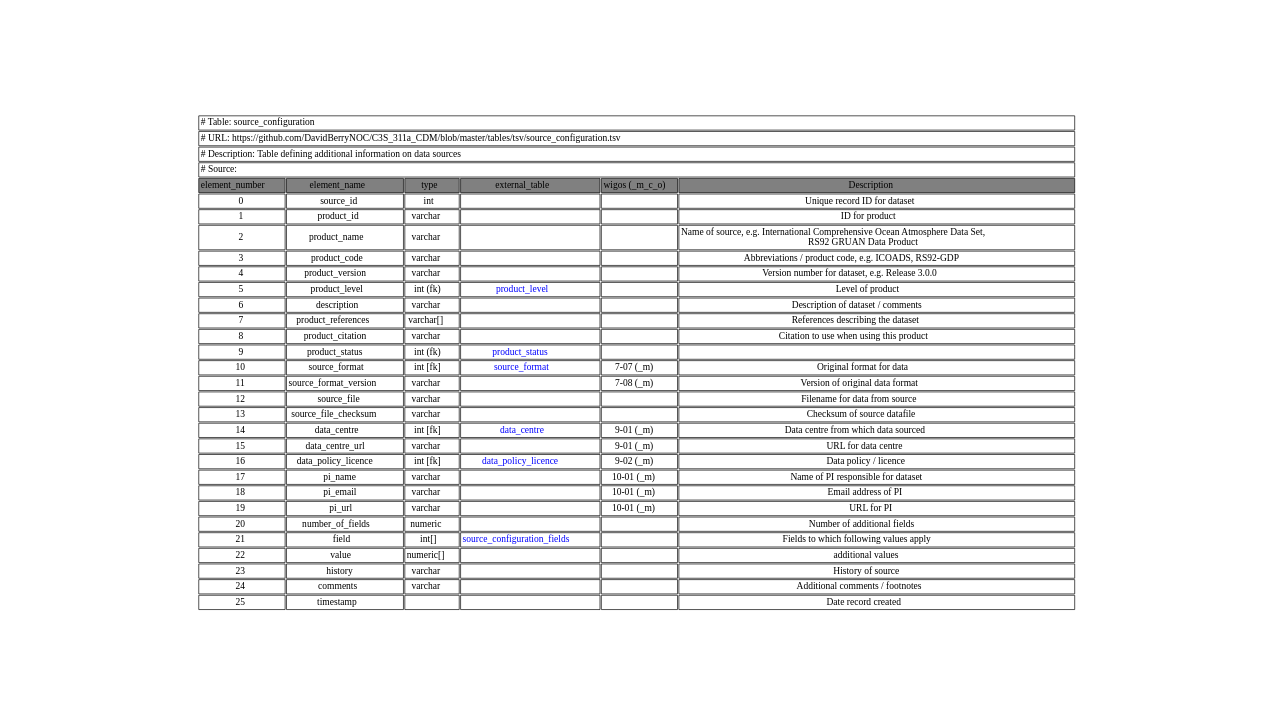
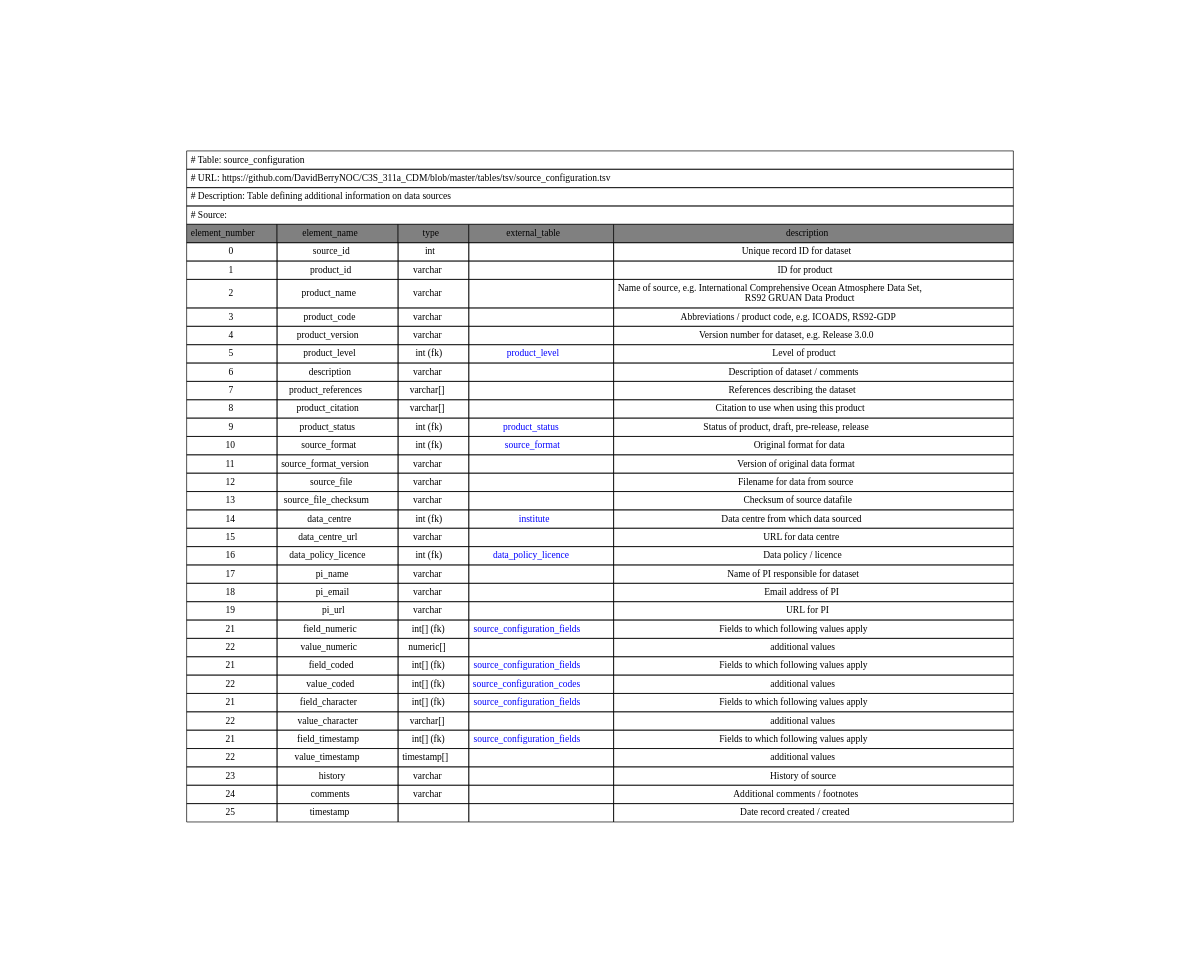
The diagram in graphviz/source_configuration.gv (glamod/common_data_model), drawn with Graphviz before and after one commit. The commit also changed 269 other files, not shown here.

```diff
--- a/graphviz/source_configuration.gv
+++ b/graphviz/source_configuration.gv
@@ -1,36 +1,41 @@
 digraph source_configuration {
 node [color=white]
-source_configuration [label=<<TABLE BORDER="0" CELLBORDER="1" CELLSPACING="2" COLOR="BLACK">
-<TR><TD COLSPAN="6" ALIGN="left" PORT="head"># Table: source_configuration</TD></TR>
-<TR><TD COLSPAN="6" ALIGN="left"># URL: https://github.com/DavidBerryNOC/C3S_311a_CDM/blob/master/tables/tsv/source_configuration.tsv</TD></TR>
-<TR><TD ALIGN="left" COLSPAN="6"># Description: Table defining additional information on data sources</TD></TR>
-<TR><TD ALIGN="left" COLSPAN="6"># Source:</TD></TR>
-<TR><TD BGCOLOR="GRAY">element_number</TD><TD BGCOLOR="GRAY">element_name</TD><TD BGCOLOR="GRAY">type</TD><TD BGCOLOR="GRAY">external_table</TD><TD BGCOLOR="GRAY">wigos (_m_c_o)</TD><TD BGCOLOR="GRAY">Description</TD></TR>
-<TR><TD PORT="source_idL">0</TD><TD>source_id </TD><TD>int </TD><TD></TD><TD></TD><TD PORT="source_idR">Unique record ID for dataset </TD></TR>
-<TR><TD PORT="product_idL">1</TD><TD>product_id </TD><TD>varchar </TD><TD></TD><TD></TD><TD PORT="product_idR">ID for product </TD></TR>
-<TR><TD PORT="product_nameL">2</TD><TD>product_name </TD><TD>varchar </TD><TD></TD><TD></TD><TD PORT="product_nameR">Name of source, e.g. International Comprehensive Ocean Atmosphere Data Set, <BR/>RS92 GRUAN Data Product </TD></TR>
-<TR><TD PORT="product_codeL">3</TD><TD>product_code </TD><TD>varchar </TD><TD></TD><TD></TD><TD PORT="product_codeR">Abbreviations / product code, e.g. ICOADS, RS92-GDP </TD></TR>
-<TR><TD PORT="product_versionL">4</TD><TD>product_version </TD><TD>varchar </TD><TD></TD><TD></TD><TD PORT="product_versionR">Version number for dataset, e.g. Release 3.0.0 </TD></TR>
-<TR><TD PORT="product_levelL">5</TD><TD>product_level </TD><TD>int (fk) </TD><TD HREF="https://github.com/DavidBerryNOC/C3S_311a_CDM/blob/master/tables/tsv/product_level.tsv"><FONT color="blue">product_level </FONT></TD><TD></TD><TD PORT="product_levelR">Level of product </TD></TR>
-<TR><TD PORT="description L">6</TD><TD>description </TD><TD>varchar </TD><TD></TD><TD></TD><TD PORT="description R">Description of dataset / comments </TD></TR>
-<TR><TD PORT="product_referencesL">7</TD><TD>product_references </TD><TD>varchar[] </TD><TD></TD><TD></TD><TD PORT="product_referencesR">References describing the dataset </TD></TR>
-<TR><TD PORT="product_citationL">8</TD><TD>product_citation </TD><TD>varchar </TD><TD></TD><TD></TD><TD PORT="product_citationR">Citation to use when using this product </TD></TR>
-<TR><TD PORT="product_statusL">9</TD><TD>product_status </TD><TD>int (fk) </TD><TD HREF="https://github.com/DavidBerryNOC/C3S_311a_CDM/blob/master/tables/tsv/product_status.tsv"><FONT color="blue">product_status </FONT></TD><TD></TD><TD PORT="product_statusR"></TD></TR>
-<TR><TD PORT="source_format L">10</TD><TD>source_format </TD><TD>int [fk] </TD><TD HREF="https://github.com/DavidBerryNOC/C3S_311a_CDM/blob/master/tables/tsv/source_format.tsv"><FONT color="blue">source_format </FONT></TD><TD>7-07 (_m) </TD><TD PORT="source_format R">Original format for data </TD></TR>
-<TR><TD PORT="source_format_version L">11</TD><TD>source_format_version </TD><TD>varchar </TD><TD></TD><TD>7-08 (_m) </TD><TD PORT="source_format_version R">Version of original data format </TD></TR>
-<TR><TD PORT="source_fileL">12</TD><TD>source_file </TD><TD>varchar </TD><TD></TD><TD></TD><TD PORT="source_fileR">Filename for data from source </TD></TR>
-<TR><TD PORT="source_file_checksumL">13</TD><TD>source_file_checksum </TD><TD>varchar </TD><TD></TD><TD></TD><TD PORT="source_file_checksumR">Checksum of source datafile </TD></TR>
-<TR><TD PORT="data_centre L">14</TD><TD>data_centre </TD><TD>int [fk] </TD><TD HREF="https://github.com/DavidBerryNOC/C3S_311a_CDM/blob/master/tables/tsv/data_centre.tsv"><FONT color="blue">data_centre </FONT></TD><TD>9-01 (_m) </TD><TD PORT="data_centre R">Data centre from which data sourced </TD></TR>
-<TR><TD PORT="data_centre_url L">15</TD><TD>data_centre_url </TD><TD>varchar </TD><TD></TD><TD>9-01 (_m) </TD><TD PORT="data_centre_url R">URL for data centre </TD></TR>
-<TR><TD PORT="data_policy_licence L">16</TD><TD>data_policy_licence </TD><TD>int [fk] </TD><TD HREF="https://github.com/DavidBerryNOC/C3S_311a_CDM/blob/master/tables/tsv/data_policy_licence.tsv"><FONT color="blue">data_policy_licence </FONT></TD><TD>9-02 (_m) </TD><TD PORT="data_policy_licence R">Data policy / licence </TD></TR>
-<TR><TD PORT="pi_name L">17</TD><TD>pi_name </TD><TD>varchar </TD><TD></TD><TD>10-01 (_m) </TD><TD PORT="pi_name R">Name of PI responsible for dataset </TD></TR>
-<TR><TD PORT="pi_email L">18</TD><TD>pi_email </TD><TD>varchar </TD><TD></TD><TD>10-01 (_m) </TD><TD PORT="pi_email R">Email address of PI </TD></TR>
-<TR><TD PORT="pi_url L">19</TD><TD>pi_url </TD><TD>varchar </TD><TD></TD><TD>10-01 (_m) </TD><TD PORT="pi_url R">URL for PI </TD></TR>
-<TR><TD PORT="number_of_fieldsL">20</TD><TD>number_of_fields </TD><TD>numeric </TD><TD></TD><TD></TD><TD PORT="number_of_fieldsR">Number of additional fields </TD></TR>
-<TR><TD PORT="fieldL">21</TD><TD>field </TD><TD>int[] </TD><TD HREF="https://github.com/DavidBerryNOC/C3S_311a_CDM/blob/master/tables/tsv/source_configuration_fields.tsv"><FONT color="blue">source_configuration_fields </FONT></TD><TD></TD><TD PORT="fieldR">Fields to which following values apply </TD></TR>
-<TR><TD PORT="valueL">22</TD><TD>value </TD><TD>numeric[] </TD><TD></TD><TD></TD><TD PORT="valueR">additional values </TD></TR>
-<TR><TD PORT="historyL">23</TD><TD>history </TD><TD>varchar </TD><TD></TD><TD></TD><TD PORT="historyR">History of source </TD></TR>
-<TR><TD PORT="commentsL">24</TD><TD>comments </TD><TD>varchar </TD><TD></TD><TD></TD><TD PORT="commentsR">Additional comments / footnotes </TD></TR>
-<TR><TD PORT="timestampL">25</TD><TD>timestamp </TD><TD></TD><TD></TD><TD></TD><TD PORT="timestampR">Date record created </TD></TR>
+source_configuration [label=<<TABLE BORDER="0" CELLBORDER="1" CELLSPACING="0" CELLPADDING="5" COLOR="BLACK">
+<TR><TD COLSPAN="5" ALIGN="left" PORT="head"># Table: source_configuration</TD></TR>
+<TR><TD COLSPAN="5" ALIGN="left"># URL: https://github.com/DavidBerryNOC/C3S_311a_CDM/blob/master/tables/tsv/source_configuration.tsv</TD></TR>
+<TR><TD ALIGN="left" COLSPAN="5"># Description: Table defining additional information on data sources				</TD></TR>
+<TR><TD ALIGN="left" COLSPAN="5"># Source:				</TD></TR>
+<TR><TD BGCOLOR="GRAY">element_number</TD><TD BGCOLOR="GRAY">element_name</TD><TD BGCOLOR="GRAY">type</TD><TD BGCOLOR="GRAY">external_table</TD><TD BGCOLOR="GRAY">description</TD></TR>
+<TR><TD PORT="source_idL">0</TD><TD>source_id </TD><TD>int </TD><TD></TD><TD PORT="source_idR">Unique record ID for dataset </TD></TR>
+<TR><TD PORT="product_idL">1</TD><TD>product_id </TD><TD>varchar </TD><TD></TD><TD PORT="product_idR">ID for product </TD></TR>
+<TR><TD PORT="product_nameL">2</TD><TD>product_name </TD><TD>varchar </TD><TD></TD><TD PORT="product_nameR">Name of source, e.g. International Comprehensive Ocean Atmosphere Data Set, <BR/>RS92 GRUAN Data Product </TD></TR>
+<TR><TD PORT="product_codeL">3</TD><TD>product_code </TD><TD>varchar </TD><TD></TD><TD PORT="product_codeR">Abbreviations / product code, e.g. ICOADS, RS92-GDP </TD></TR>
+<TR><TD PORT="product_versionL">4</TD><TD>product_version </TD><TD>varchar </TD><TD></TD><TD PORT="product_versionR">Version number for dataset, e.g. Release 3.0.0 </TD></TR>
+<TR><TD PORT="product_levelL">5</TD><TD>product_level </TD><TD>int (fk) </TD><TD HREF="https://github.com/DavidBerryNOC/C3S_311a_CDM/blob/master/tables/tsv/product_level.tsv"><FONT color="blue">product_level </FONT></TD><TD PORT="product_levelR">Level of product </TD></TR>
+<TR><TD PORT="description L">6</TD><TD>description </TD><TD>varchar </TD><TD></TD><TD PORT="description R">Description of dataset / comments </TD></TR>
+<TR><TD PORT="product_referencesL">7</TD><TD>product_references </TD><TD>varchar[] </TD><TD></TD><TD PORT="product_referencesR">References describing the dataset </TD></TR>
+<TR><TD PORT="product_citationL">8</TD><TD>product_citation </TD><TD>varchar[] </TD><TD></TD><TD PORT="product_citationR">Citation to use when using this product </TD></TR>
+<TR><TD PORT="product_statusL">9</TD><TD>product_status </TD><TD>int (fk) </TD><TD HREF="https://github.com/DavidBerryNOC/C3S_311a_CDM/blob/master/tables/tsv/product_status.tsv"><FONT color="blue">product_status </FONT></TD><TD PORT="product_statusR">Status of product, draft, pre-release, release </TD></TR>
+<TR><TD PORT="source_format L">10</TD><TD>source_format </TD><TD>int (fk) </TD><TD HREF="https://github.com/DavidBerryNOC/C3S_311a_CDM/blob/master/tables/tsv/source_format.tsv"><FONT color="blue">source_format </FONT></TD><TD PORT="source_format R">Original format for data </TD></TR>
+<TR><TD PORT="source_format_version L">11</TD><TD>source_format_version </TD><TD>varchar </TD><TD></TD><TD PORT="source_format_version R">Version of original data format </TD></TR>
+<TR><TD PORT="source_fileL">12</TD><TD>source_file </TD><TD>varchar </TD><TD></TD><TD PORT="source_fileR">Filename for data from source </TD></TR>
+<TR><TD PORT="source_file_checksumL">13</TD><TD>source_file_checksum </TD><TD>varchar </TD><TD></TD><TD PORT="source_file_checksumR">Checksum of source datafile </TD></TR>
+<TR><TD PORT="data_centre L">14</TD><TD>data_centre </TD><TD>int (fk) </TD><TD HREF="https://github.com/DavidBerryNOC/C3S_311a_CDM/blob/master/tables/tsv/institute.tsv"><FONT color="blue">institute </FONT></TD><TD PORT="data_centre R">Data centre from which data sourced </TD></TR>
+<TR><TD PORT="data_centre_url L">15</TD><TD>data_centre_url </TD><TD>varchar </TD><TD></TD><TD PORT="data_centre_url R">URL for data centre </TD></TR>
+<TR><TD PORT="data_policy_licence L">16</TD><TD>data_policy_licence </TD><TD>int (fk) </TD><TD HREF="https://github.com/DavidBerryNOC/C3S_311a_CDM/blob/master/tables/tsv/data_policy_licence.tsv"><FONT color="blue">data_policy_licence </FONT></TD><TD PORT="data_policy_licence R">Data policy / licence </TD></TR>
+<TR><TD PORT="pi_name L">17</TD><TD>pi_name </TD><TD>varchar </TD><TD></TD><TD PORT="pi_name R">Name of PI responsible for dataset </TD></TR>
+<TR><TD PORT="pi_email L">18</TD><TD>pi_email </TD><TD>varchar </TD><TD></TD><TD PORT="pi_email R">Email address of PI </TD></TR>
+<TR><TD PORT="pi_url L">19</TD><TD>pi_url </TD><TD>varchar </TD><TD></TD><TD PORT="pi_url R">URL for PI </TD></TR>
+<TR><TD PORT="field_numericL">21</TD><TD>field_numeric </TD><TD>int[] (fk) </TD><TD HREF="https://github.com/DavidBerryNOC/C3S_311a_CDM/blob/master/tables/tsv/source_configuration_fields.tsv"><FONT color="blue">source_configuration_fields </FONT></TD><TD PORT="field_numericR">Fields to which following values apply </TD></TR>
+<TR><TD PORT="value_numericL">22</TD><TD>value_numeric </TD><TD>numeric[] </TD><TD></TD><TD PORT="value_numericR">additional values </TD></TR>
+<TR><TD PORT="field_codedL">21</TD><TD>field_coded </TD><TD>int[] (fk) </TD><TD HREF="https://github.com/DavidBerryNOC/C3S_311a_CDM/blob/master/tables/tsv/source_configuration_fields.tsv"><FONT color="blue">source_configuration_fields </FONT></TD><TD PORT="field_codedR">Fields to which following values apply </TD></TR>
+<TR><TD PORT="value_codedL">22</TD><TD>value_coded </TD><TD>int[] (fk) </TD><TD HREF="https://github.com/DavidBerryNOC/C3S_311a_CDM/blob/master/tables/tsv/source_configuration_codes.tsv"><FONT color="blue">source_configuration_codes </FONT></TD><TD PORT="value_codedR">additional values </TD></TR>
+<TR><TD PORT="field_characterL">21</TD><TD>field_character </TD><TD>int[] (fk) </TD><TD HREF="https://github.com/DavidBerryNOC/C3S_311a_CDM/blob/master/tables/tsv/source_configuration_fields.tsv"><FONT color="blue">source_configuration_fields </FONT></TD><TD PORT="field_characterR">Fields to which following values apply </TD></TR>
+<TR><TD PORT="value_characterL">22</TD><TD>value_character </TD><TD>varchar[] </TD><TD></TD><TD PORT="value_characterR">additional values </TD></TR>
+<TR><TD PORT="field_timestampL">21</TD><TD>field_timestamp </TD><TD>int[] (fk) </TD><TD HREF="https://github.com/DavidBerryNOC/C3S_311a_CDM/blob/master/tables/tsv/source_configuration_fields.tsv"><FONT color="blue">source_configuration_fields </FONT></TD><TD PORT="field_timestampR">Fields to which following values apply </TD></TR>
+<TR><TD PORT="value_timestampL">22</TD><TD>value_timestamp </TD><TD>timestamp[] </TD><TD></TD><TD PORT="value_timestampR">additional values </TD></TR>
+<TR><TD PORT="historyL">23</TD><TD>history </TD><TD>varchar </TD><TD></TD><TD PORT="historyR">History of source </TD></TR>
+<TR><TD PORT="commentsL">24</TD><TD>comments </TD><TD>varchar </TD><TD></TD><TD PORT="commentsR">Additional comments / footnotes </TD></TR>
+<TR><TD PORT="timestampL">25</TD><TD>timestamp </TD><TD></TD><TD></TD><TD PORT="timestampR">Date record created / created </TD></TR>
 </TABLE>>];
 }
```
